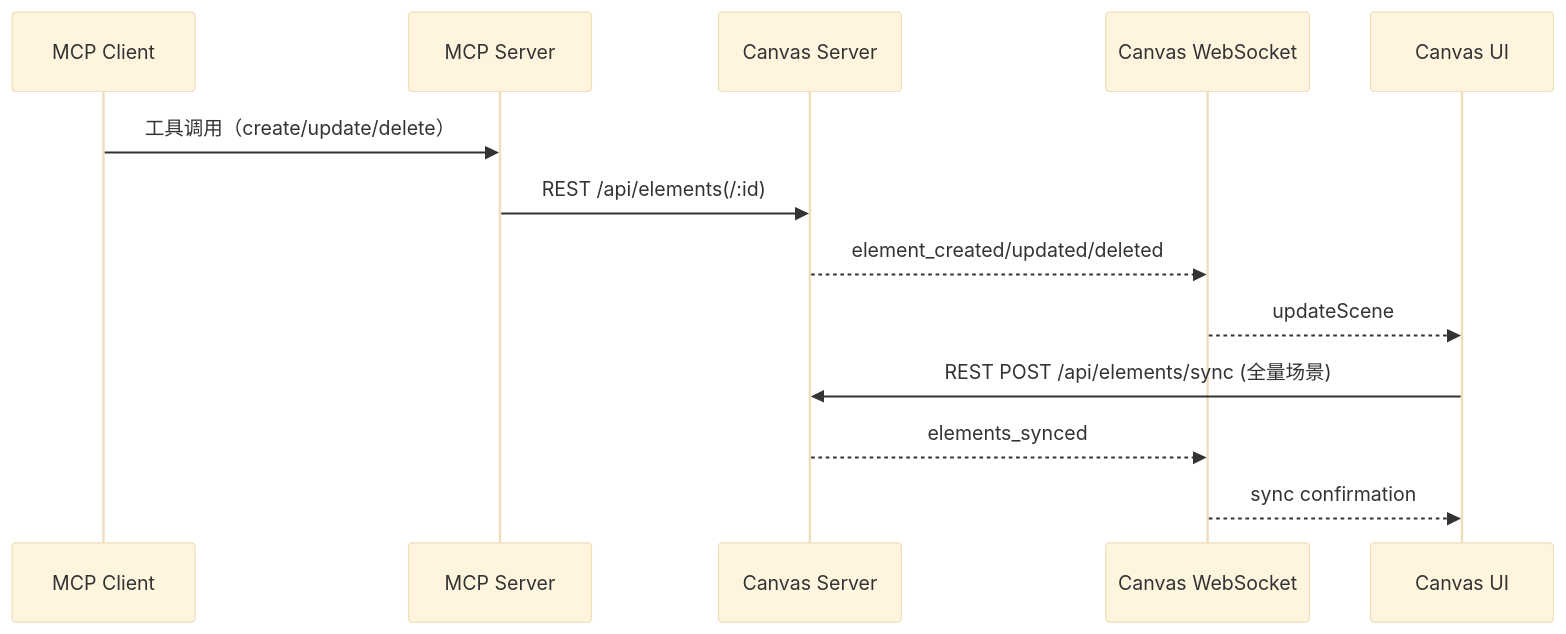
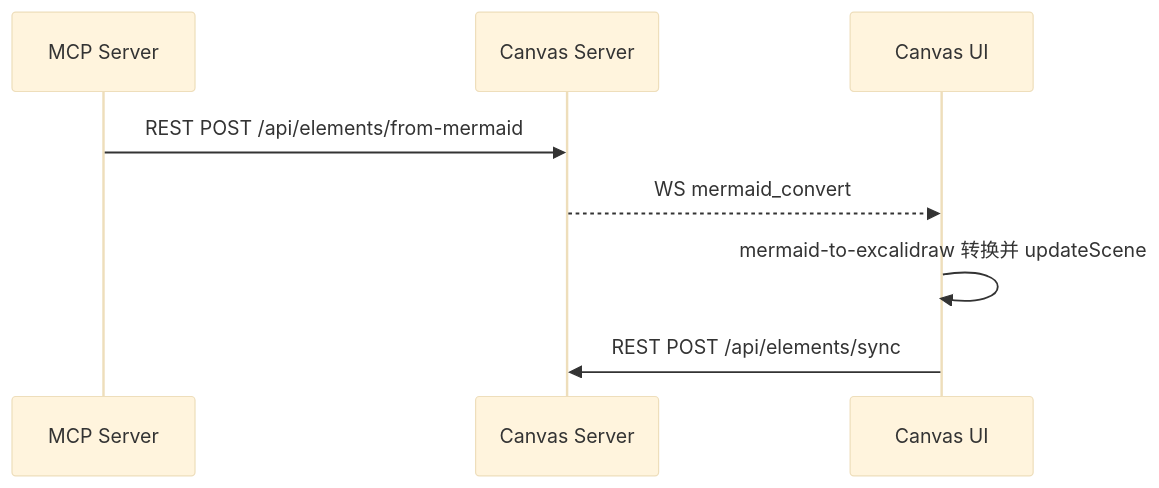
Before and after one commit to jimorsm/obsidian-mcp-bridge-demo: the fourth of 10 diagrams in README.md, drawn with Mermaid (base theme). The commit also changed other lines of this file and 2 other files, not shown here.

Commit message:
Refine bridge demo flows and API

````diff
--- a/README.md
+++ b/README.md
@@ -178,17 +71,11 @@
 ```mermaid
 sequenceDiagram
-  participant Client as MCP Client
   participant MCP as MCP Server
   participant Canvas as Canvas Server
-  participant WS as Canvas WebSocket
   participant UI as Canvas UI
 
-  Client->>MCP: 工具调用（create/update/delete）
-  MCP->>Canvas: REST /api/elements(/:id)
-  Canvas-->>WS: element_created/updated/deleted
-  WS-->>UI: updateScene
-
-  UI->>Canvas: REST POST /api/elements/sync (全量场景)
-  Canvas-->>WS: elements_synced
-  WS-->>UI: sync confirmation
+  MCP->>Canvas: REST POST /api/elements/from-mermaid
+  Canvas-->>UI: WS mermaid_convert
+  UI->>UI: mermaid-to-excalidraw 转换并 updateScene
+  UI->>Canvas: REST POST /api/elements/sync
 ```
````
